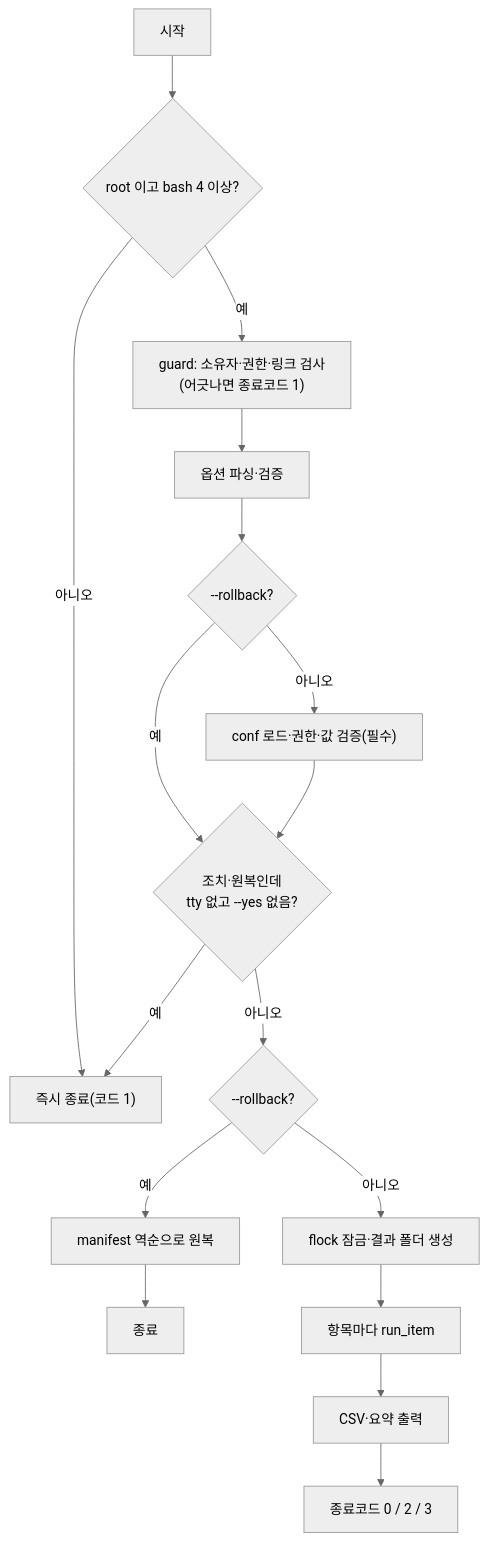
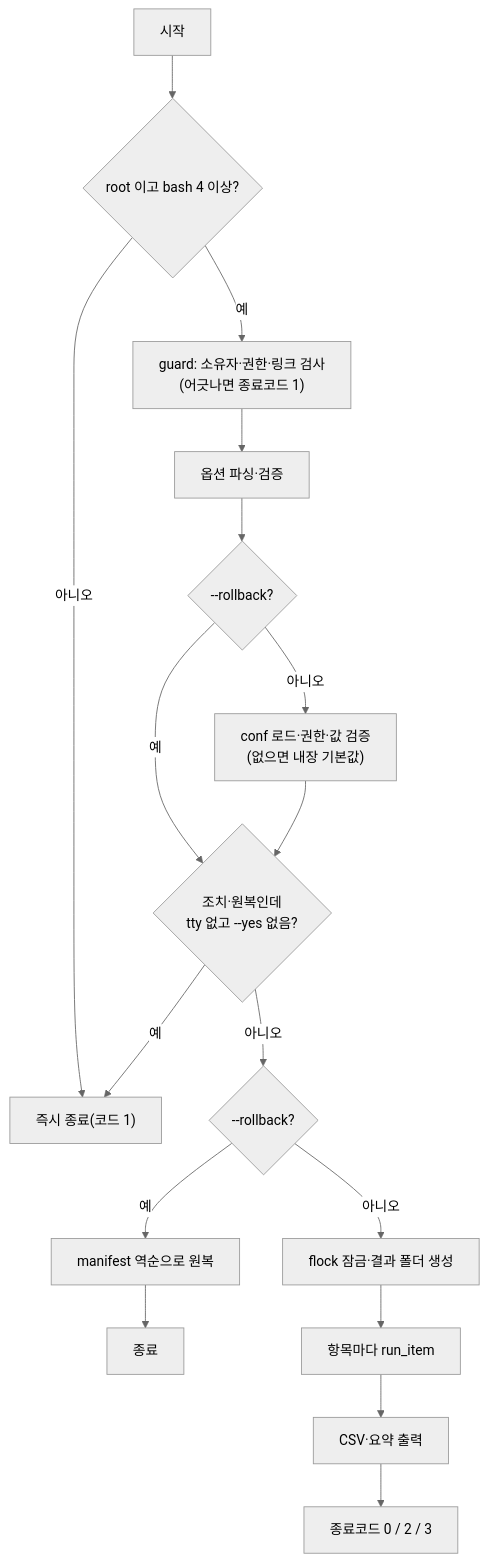
Before and after one commit to yanos0218/Tools: the second of 4 diagrams in vulnerability/docs/architecture.md, drawn with Mermaid (neutral theme). The commit also changed other lines of this file and 11 other files, not shown here.

````diff
--- a/vulnerability/docs/architecture.md
+++ b/vulnerability/docs/architecture.md
@@ -25,19 +25,19 @@
 ```mermaid
 flowchart TD
   S["시작"] --> R{"root 이고 bash 4 이상?"}
   R -- 아니오 --> X1["즉시 종료(코드 1)"]
   R -- 예 --> GD["guard: 소유자·권한·링크 검사<br/>(어긋나면 종료코드 1)"]
   GD --> O["옵션 파싱·검증"]
   O --> RBQ{"--rollback?"}
-  RBQ -- 아니오 --> CF["conf 로드·권한·값 검증(필수)"]
+  RBQ -- 아니오 --> CF["conf 로드·권한·값 검증<br/>(없으면 내장 기본값)"]
   RBQ -- 예 --> TTY
   CF --> TTY{"조치·원복인데<br/>tty 없고 --yes 없음?"}
   TTY -- 예 --> X1
   TTY -- 아니오 --> RB2{"--rollback?"}
   RB2 -- 예 --> RB["manifest 역순으로 원복"]
   RB --> E0["종료"]
   RB2 -- 아니오 --> L["flock 잠금·결과 폴더 생성"]
   L --> I["항목마다 run_item"]
   I --> W["CSV·요약 출력"]
   W --> EX["종료코드 0 / 2 / 3"]
 ```
````
